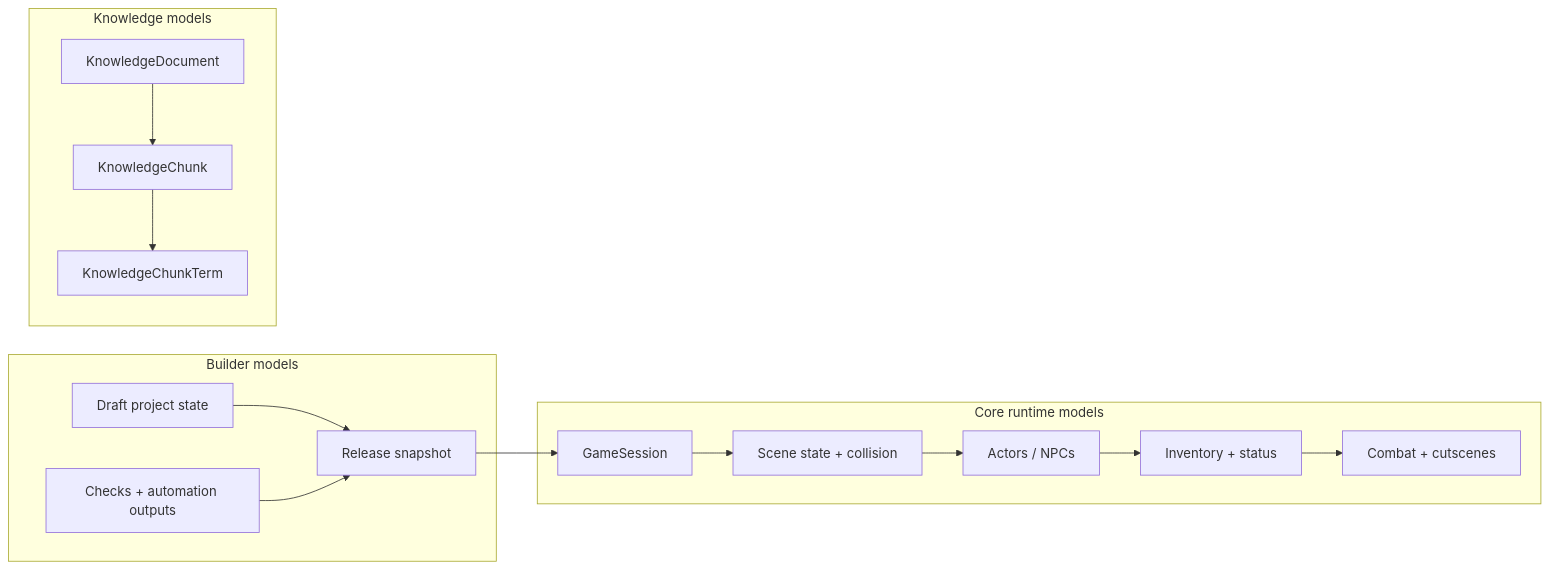
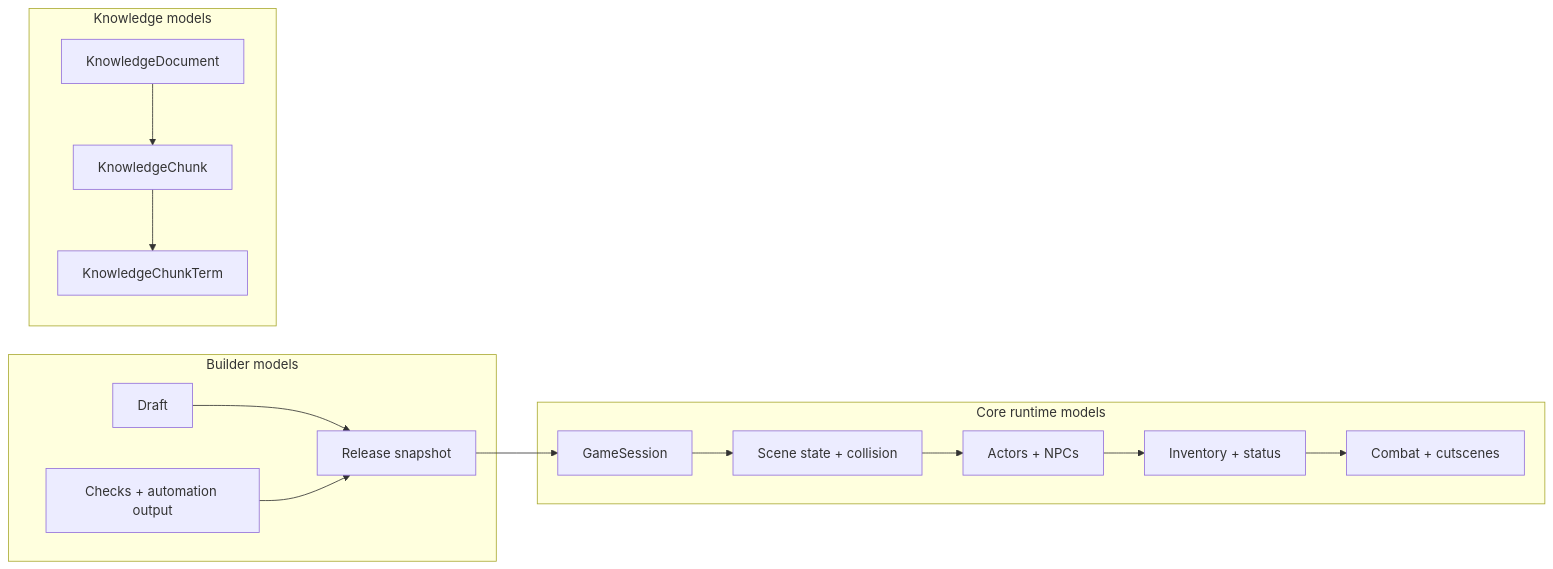
Before and after one commit to d4551/tea: diagram 11 of 16 in README.md, drawn with Mermaid. The commit also changed other lines of this file and 2 other files, not shown here.

````diff
--- a/README.md
+++ b/README.md
@@ -459,28 +584,28 @@
 ```mermaid
 flowchart LR
   subgraph CoreModels["Core runtime models"]
     GS["GameSession"]
     SC["Scene state + collision"]
-    AC["Actors / NPCs"]
+    AC["Actors + NPCs"]
     IV["Inventory + status"]
     CB["Combat + cutscenes"]
   end
 
   subgraph BuilderModels["Builder models"]
-    DR["Draft project state"]
+    DR["Draft"]
     RL["Release snapshot"]
-    CH["Checks + automation outputs"]
+    CH["Checks + automation output"]
   end
 
   subgraph KnowledgeModels["Knowledge models"]
     KD["KnowledgeDocument"]
     KC["KnowledgeChunk"]
     KT["KnowledgeChunkTerm"]
   end
 
   DR --> RL --> GS
   CH --> RL
   GS --> SC --> AC
   AC --> IV --> CB
   KD --> KC --> KT
 ```
````
